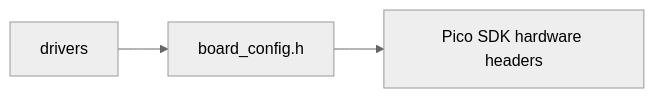
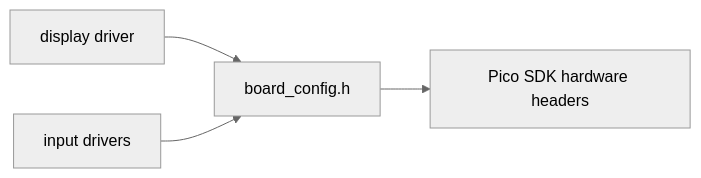
Before and after one commit to starkensan/usb_midi_pedal: the diagram in docs/designs/board-config.md, drawn with Mermaid (neutral theme). The commit also changed other lines of this file and 9 other files, not shown here.

````diff
--- a/docs/designs/board-config.md
+++ b/docs/designs/board-config.md
@@ -29,5 +29,6 @@
 ```mermaid
 flowchart LR
-    driver[drivers] --> config[board_config.h]
+    display[display driver] --> config[board_config.h]
+    input[input drivers] --> config
     config --> pico[Pico SDK hardware headers]
 ```
````
